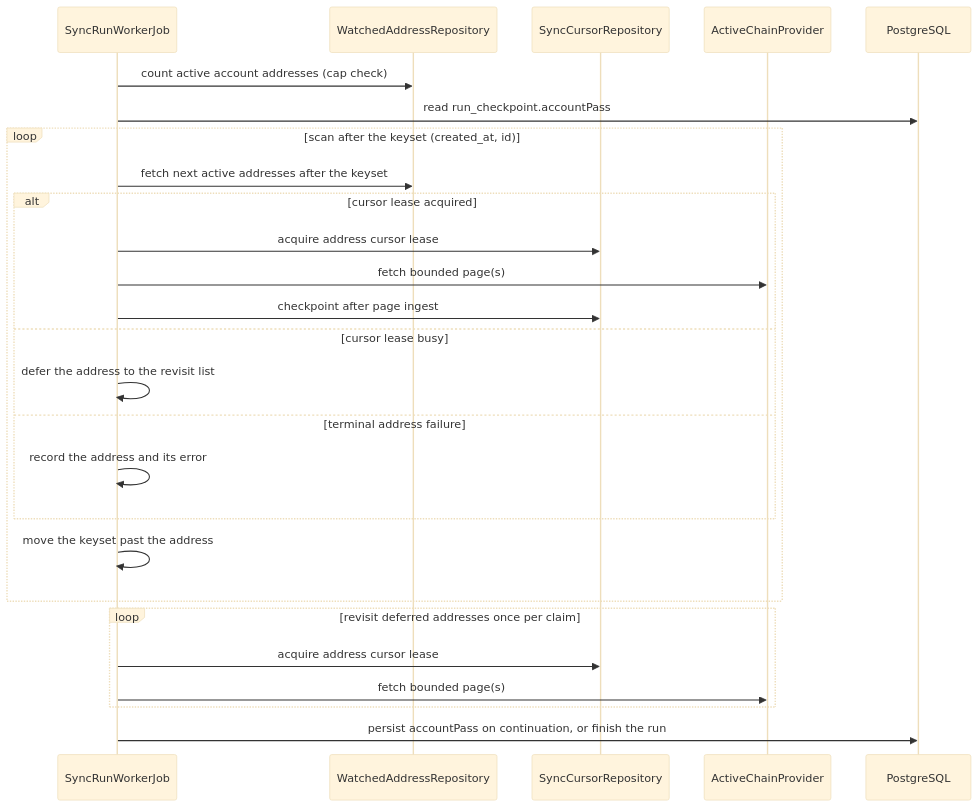
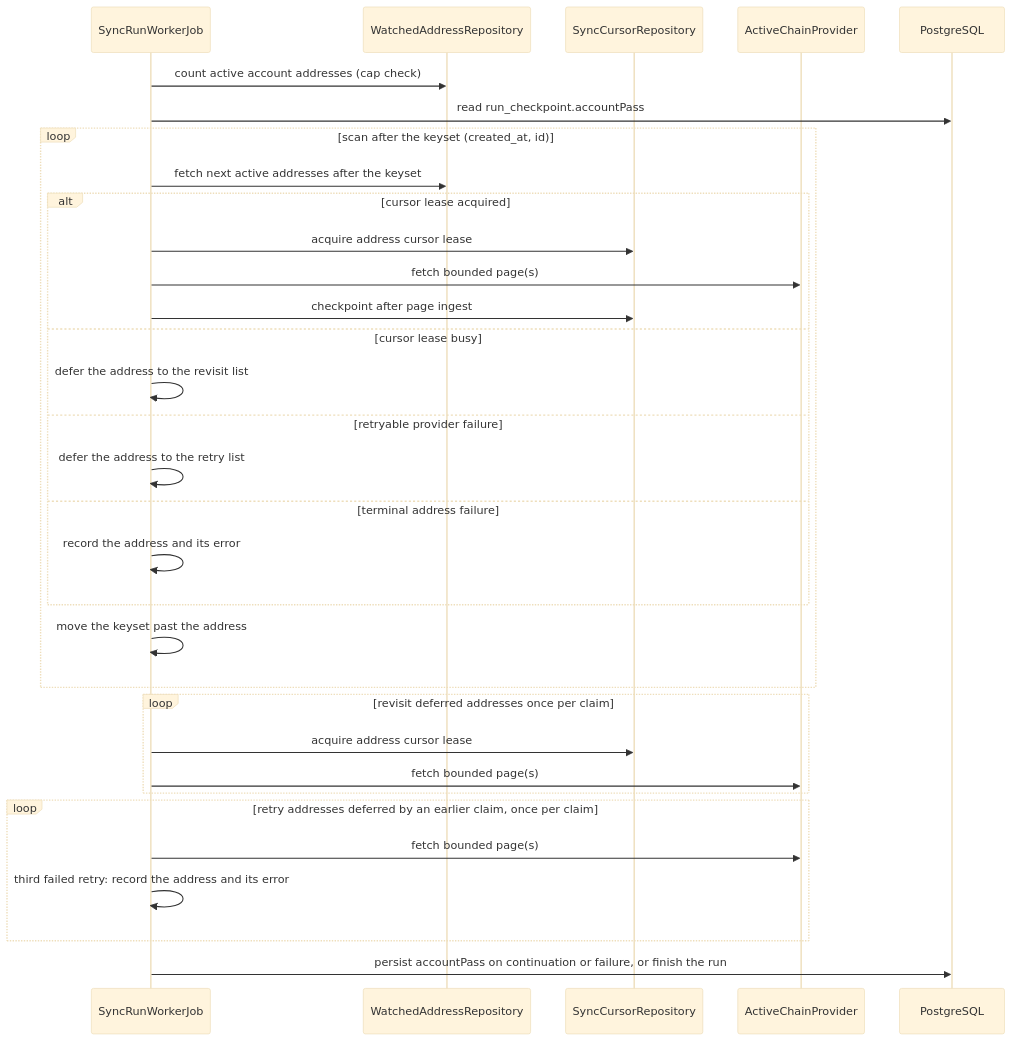
Before and after one commit to AsyncAssassin/asset-sync-service: the third of 8 diagrams in docs/architecture.md, drawn with Mermaid (base theme). The commit also changed other lines of this file and 15 other files, not shown here.

First line of the commit message:
fix: retry an address that fails retryably instead of failing its account sync

````diff
--- a/docs/architecture.md
+++ b/docs/architecture.md
@@ -238,29 +238,35 @@
 ```mermaid
 sequenceDiagram
     participant Worker as SyncRunWorkerJob
     participant Repo as WatchedAddressRepository
     participant Cursor as SyncCursorRepository
     participant Provider as ActiveChainProvider
     participant DB as PostgreSQL
 
     Worker->>Repo: count active account addresses (cap check)
     Worker->>DB: read run_checkpoint.accountPass
     loop scan after the keyset (created_at, id)
         Worker->>Repo: fetch next active addresses after the keyset
         alt cursor lease acquired
             Worker->>Cursor: acquire address cursor lease
             Worker->>Provider: fetch bounded page(s)
             Worker->>Cursor: checkpoint after page ingest
         else cursor lease busy
             Worker->>Worker: defer the address to the revisit list
+        else retryable provider failure
+            Worker->>Worker: defer the address to the retry list
         else terminal address failure
             Worker->>Worker: record the address and its error
         end
         Worker->>Worker: move the keyset past the address
     end
     loop revisit deferred addresses once per claim
         Worker->>Cursor: acquire address cursor lease
         Worker->>Provider: fetch bounded page(s)
     end
-    Worker->>DB: persist accountPass on continuation, or finish the run
+    loop retry addresses deferred by an earlier claim, once per claim
+        Worker->>Provider: fetch bounded page(s)
+        Worker->>Worker: third failed retry: record the address and its error
+    end
+    Worker->>DB: persist accountPass on continuation or failure, or finish the run
 ```
````
